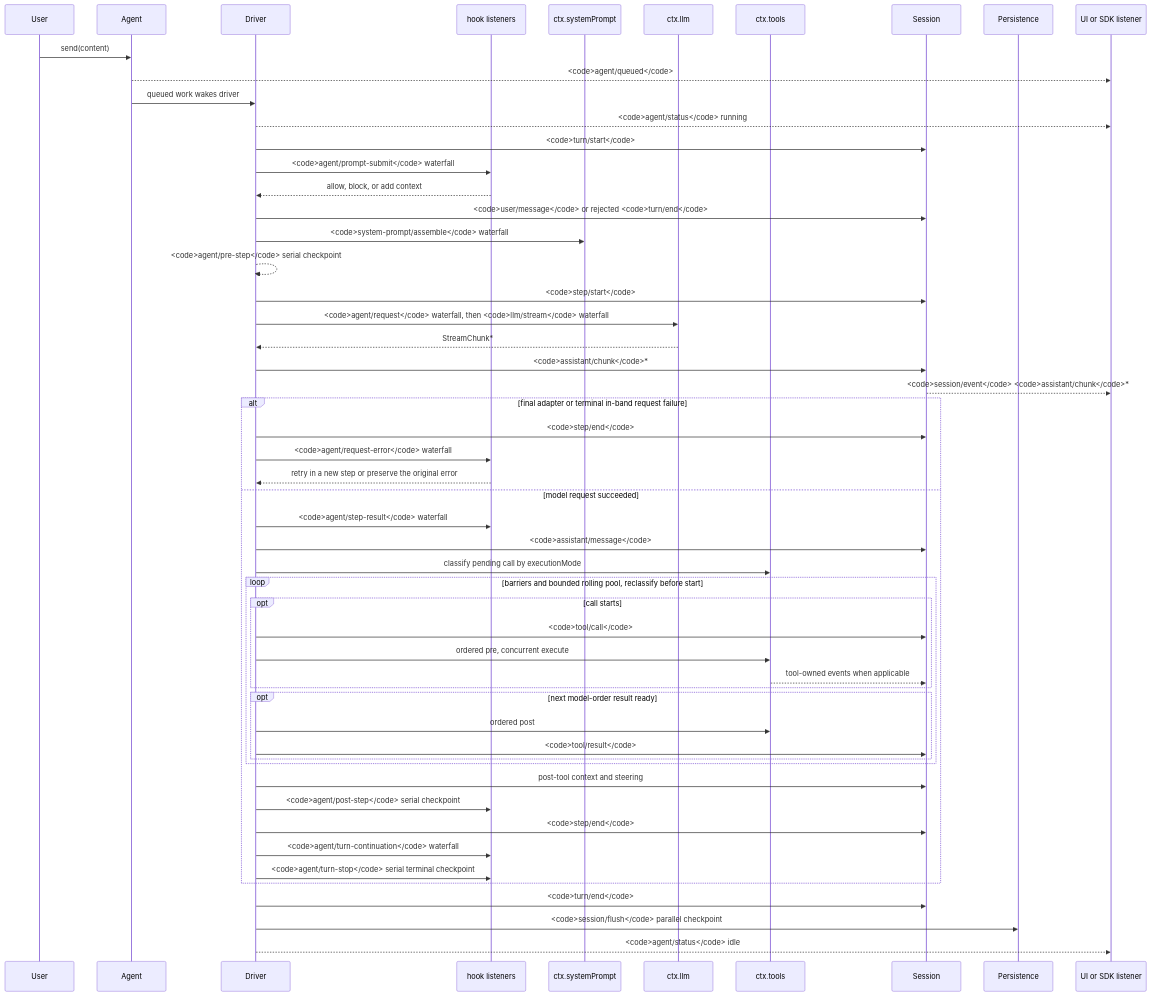
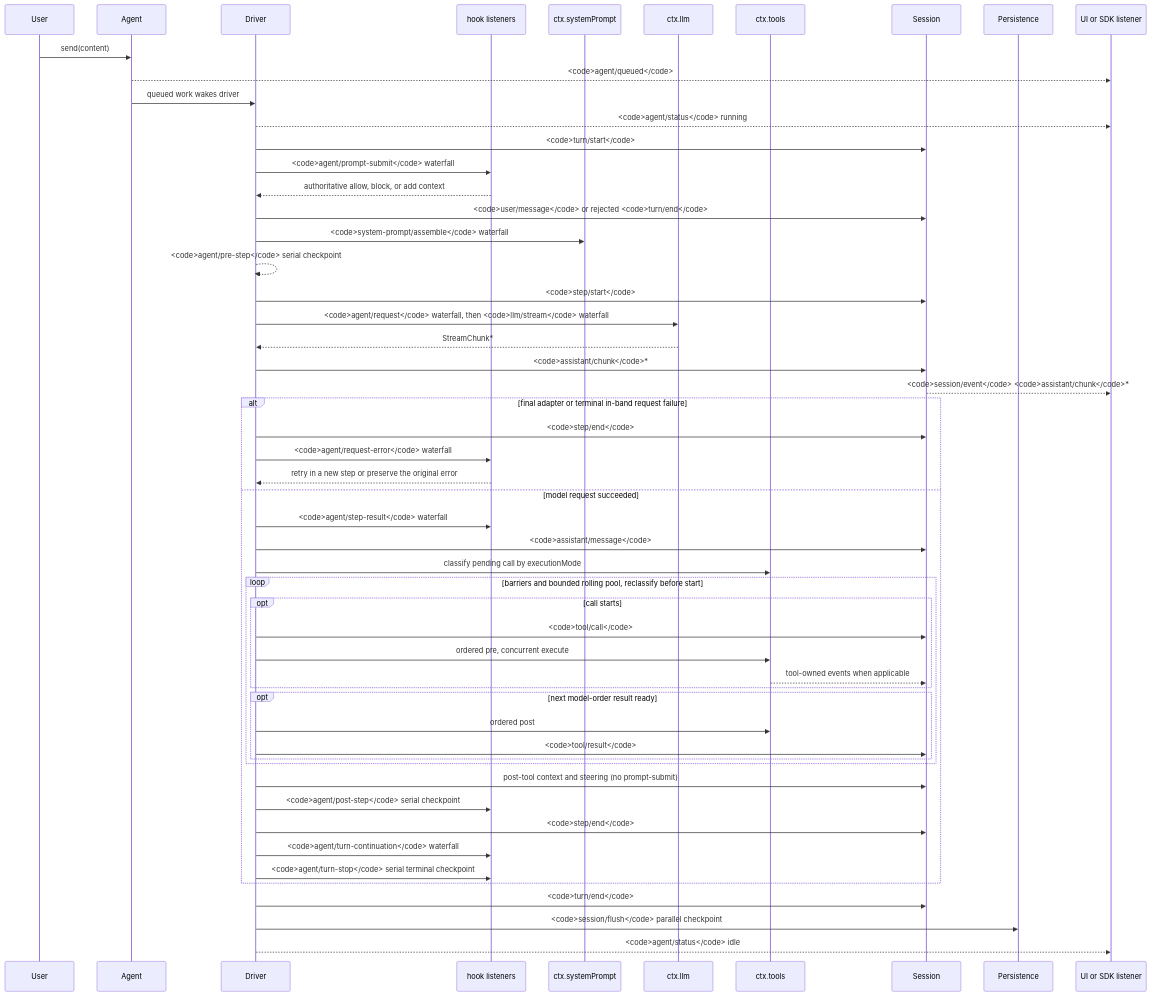
One commit to eru123/coco-harness changed the diagram in docs/agent-lifecycle.md. Above: the diagram before and after it, drawn with Mermaid. The commit also changed other lines of this file and 158 other files, not shown here.

````diff
--- a/docs/agent-lifecycle.md
+++ b/docs/agent-lifecycle.md
@@ -8,56 +8,56 @@
 ```mermaid
 sequenceDiagram
   participant User
   participant Agent
   participant Driver
   participant Hooks as hook listeners
   participant Prompt as ctx.systemPrompt
   participant LLM as ctx.llm
   participant Tools as ctx.tools
   participant Session
   participant Persistence
   participant SDK as UI or SDK listener
   User->>Agent: send(content)
   Agent-->>SDK: <code>agent/queued</code>
   Agent->>Driver: queued work wakes driver
   Driver-->>SDK: <code>agent/status</code> running
   Driver->>Session: <code>turn/start</code>
   Driver->>Hooks: <code>agent/prompt-submit</code> waterfall
-  Hooks-->>Driver: allow, block, or add context
+  Hooks-->>Driver: authoritative allow, block, or add context
   Driver->>Session: <code>user/message</code> or rejected <code>turn/end</code>
   Driver->>Prompt: <code>system-prompt/assemble</code> waterfall
   Driver-->>Driver: <code>agent/pre-step</code> serial checkpoint
   Driver->>Session: <code>step/start</code>
   Driver->>LLM: <code>agent/request</code> waterfall, then <code>llm/stream</code> waterfall
   LLM-->>Driver: StreamChunk*
   Driver->>Session: <code>assistant/chunk</code>*
   Session-->>SDK: <code>session/event</code> <code>assistant/chunk</code>*
   alt final adapter or terminal in-band request failure
     Driver->>Session: <code>step/end</code>
     Driver->>Hooks: <code>agent/request-error</code> waterfall
     Hooks-->>Driver: retry in a new step or preserve the original error
   else model request succeeded
   Driver->>Hooks: <code>agent/step-result</code> waterfall
   Driver->>Session: <code>assistant/message</code>
   Driver->>Tools: classify pending call by executionMode
   loop barriers and bounded rolling pool, reclassify before start
     opt call starts
       Driver->>Session: <code>tool/call</code>
       Driver->>Tools: ordered pre, concurrent execute
       Tools-->>Session: tool-owned events when applicable
     end
     opt next model-order result ready
       Driver->>Tools: ordered post
       Driver->>Session: <code>tool/result</code>
     end
   end
-  Driver->>Session: post-tool context and steering
+  Driver->>Session: post-tool context and steering (no prompt-submit)
   Driver->>Hooks: <code>agent/post-step</code> serial checkpoint
   Driver->>Session: <code>step/end</code>
   Driver->>Hooks: <code>agent/turn-continuation</code> waterfall
   Driver->>Hooks: <code>agent/turn-stop</code> serial terminal checkpoint
   end
   Driver->>Session: <code>turn/end</code>
   Driver->>Persistence: <code>session/flush</code> parallel checkpoint
   Driver-->>SDK: <code>agent/status</code> idle
 ```
````
